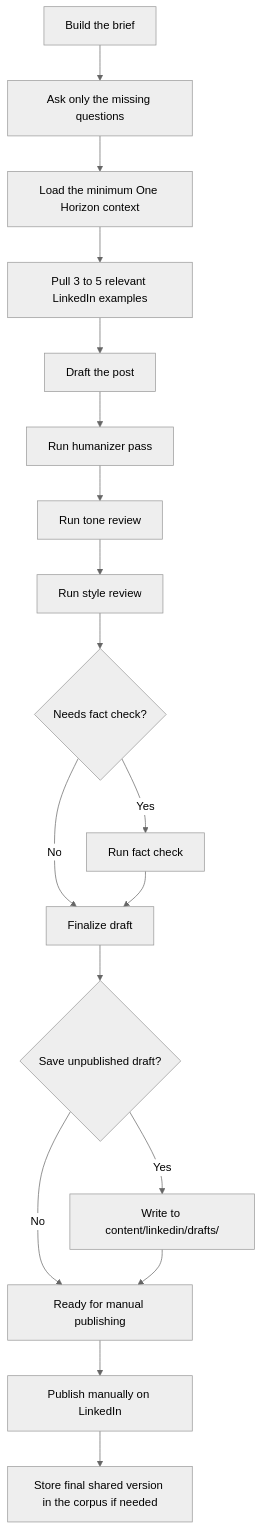
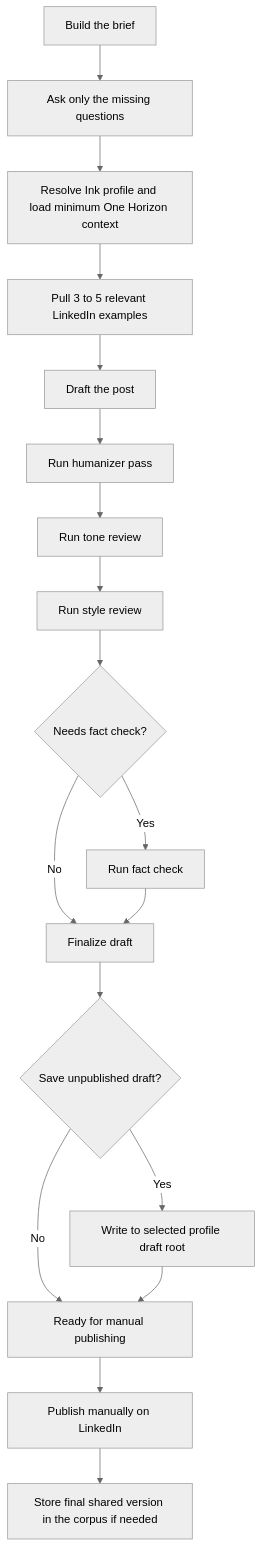
Before and after one commit to onehorizonai/ink: the second of 4 diagrams in README.md, drawn with Mermaid (neutral theme). The commit also changed other lines of this file and 73 other files, not shown here.

````diff
--- a/README.md
+++ b/README.md
@@ -195,20 +220,20 @@
 ```mermaid
 flowchart TD
     A["Build the brief"] --> B["Ask only the missing questions"]
-    B --> C["Load the minimum One Horizon context"]
+    B --> C["Resolve Ink profile and load minimum One Horizon context"]
     C --> D["Pull 3 to 5 relevant LinkedIn examples"]
     D --> E["Draft the post"]
     E --> F["Run humanizer pass"]
     F --> G["Run tone review"]
     G --> H["Run style review"]
     H --> I{"Needs fact check?"}
     I -- "Yes" --> J["Run fact check"]
     I -- "No" --> K["Finalize draft"]
     J --> K
     K --> L{"Save unpublished draft?"}
-    L -- "Yes" --> M["Write to content/linkedin/drafts/"]
+    L -- "Yes" --> M["Write to selected profile draft root"]
     L -- "No" --> N["Ready for manual publishing"]
     M --> N
     N --> O["Publish manually on LinkedIn"]
     O --> P["Store final shared version in the corpus if needed"]
 ```
````
